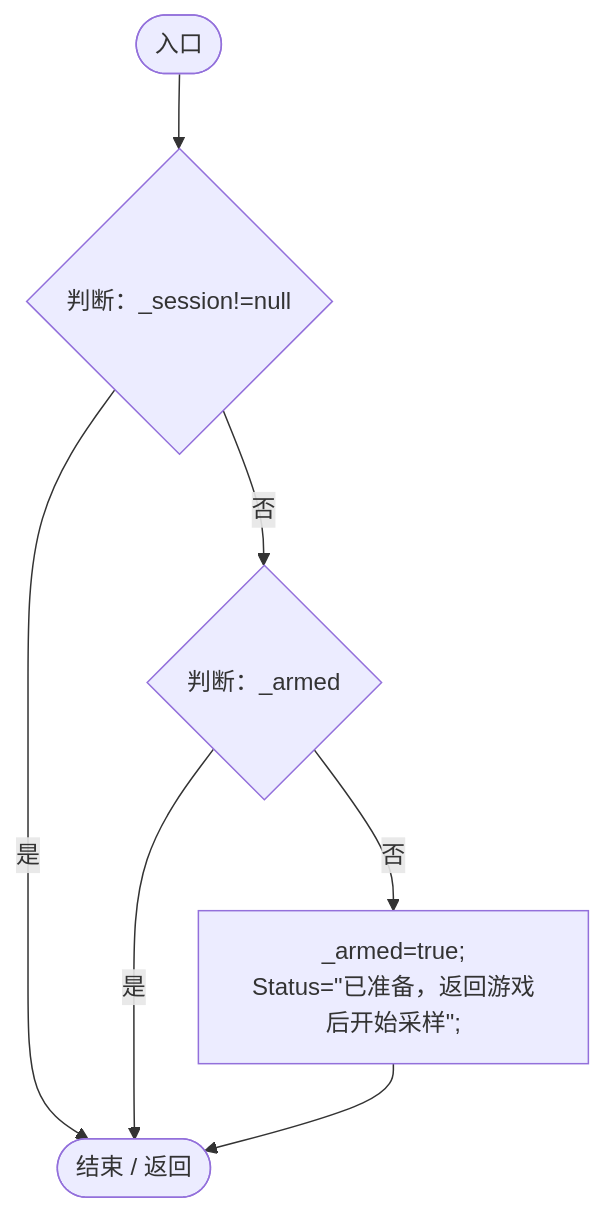
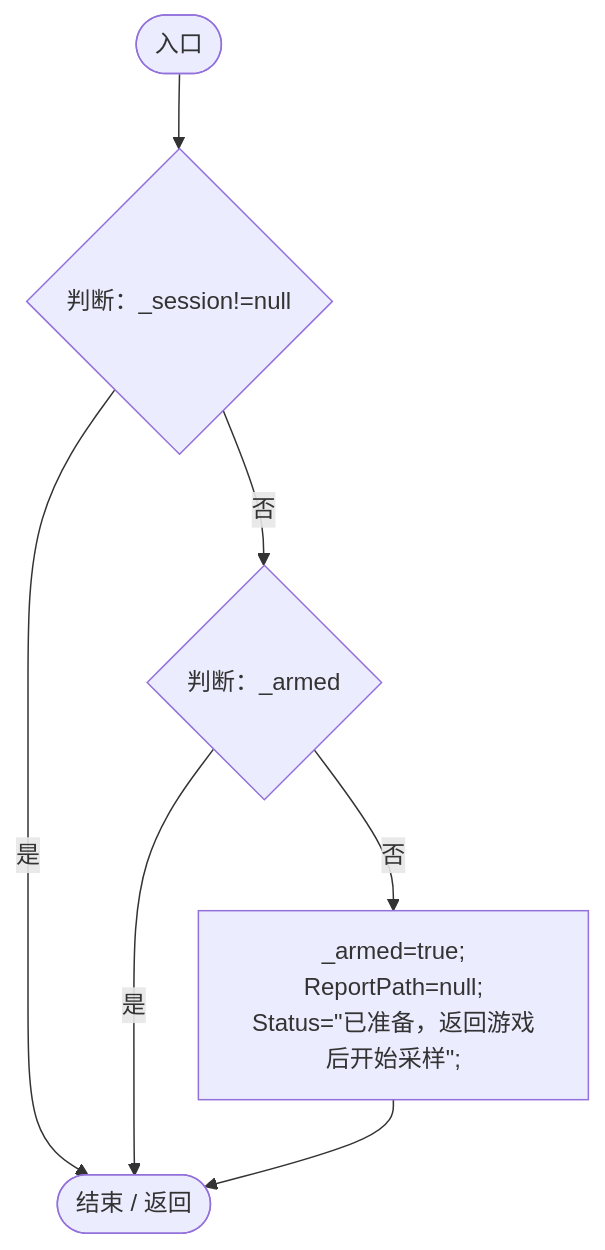
Before and after one commit to xhs6666/Darwin_paradise: the ninth of 14 diagrams in Docs/运行流程图/脚本/8709e073518085cd.md, drawn with Mermaid. The commit also changed other lines of this file and 212 other files, not shown here.

````diff
--- a/Docs/运行流程图/脚本/8709e073518085cd.md
+++ b/Docs/运行流程图/脚本/8709e073518085cd.md
@@ -186,15 +197,15 @@
 ```mermaid
 flowchart TD
   b0(["入口"])
   b1{"判断：_session!=null"}
   b2{"判断：_armed"}
-  b3["_armed=true;<br/>Status=&quot;已准备，返回游戏后开始采样&quot;;"]
+  b3["_armed=true;<br/>ReportPath=null;<br/>Status=&quot;已准备，返回游戏后开始采样&quot;;"]
   b4(["结束 / 返回"])
   b0 --> b1
   b1 -->|"否"| b2
   b1 -->|"是"| b4
   b2 -->|"是"| b4
   b2 -->|"否"| b3
   b3 --> b4
 
 ```
````
